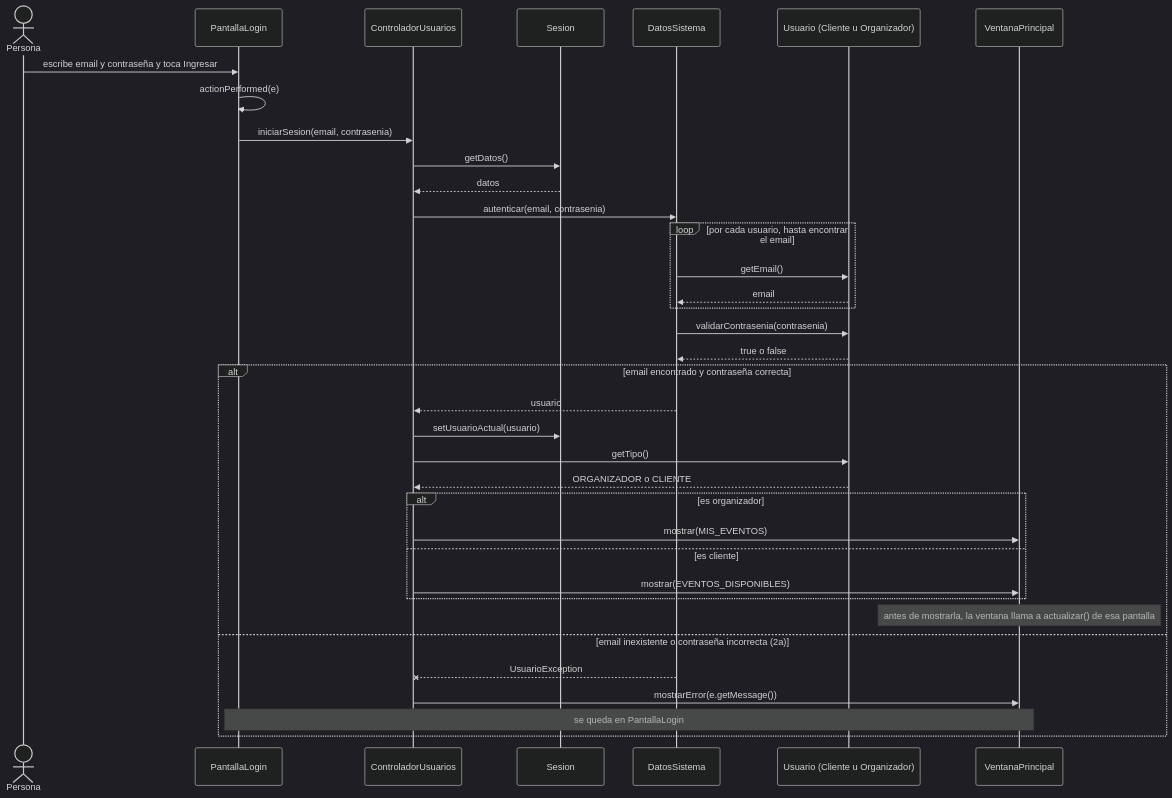
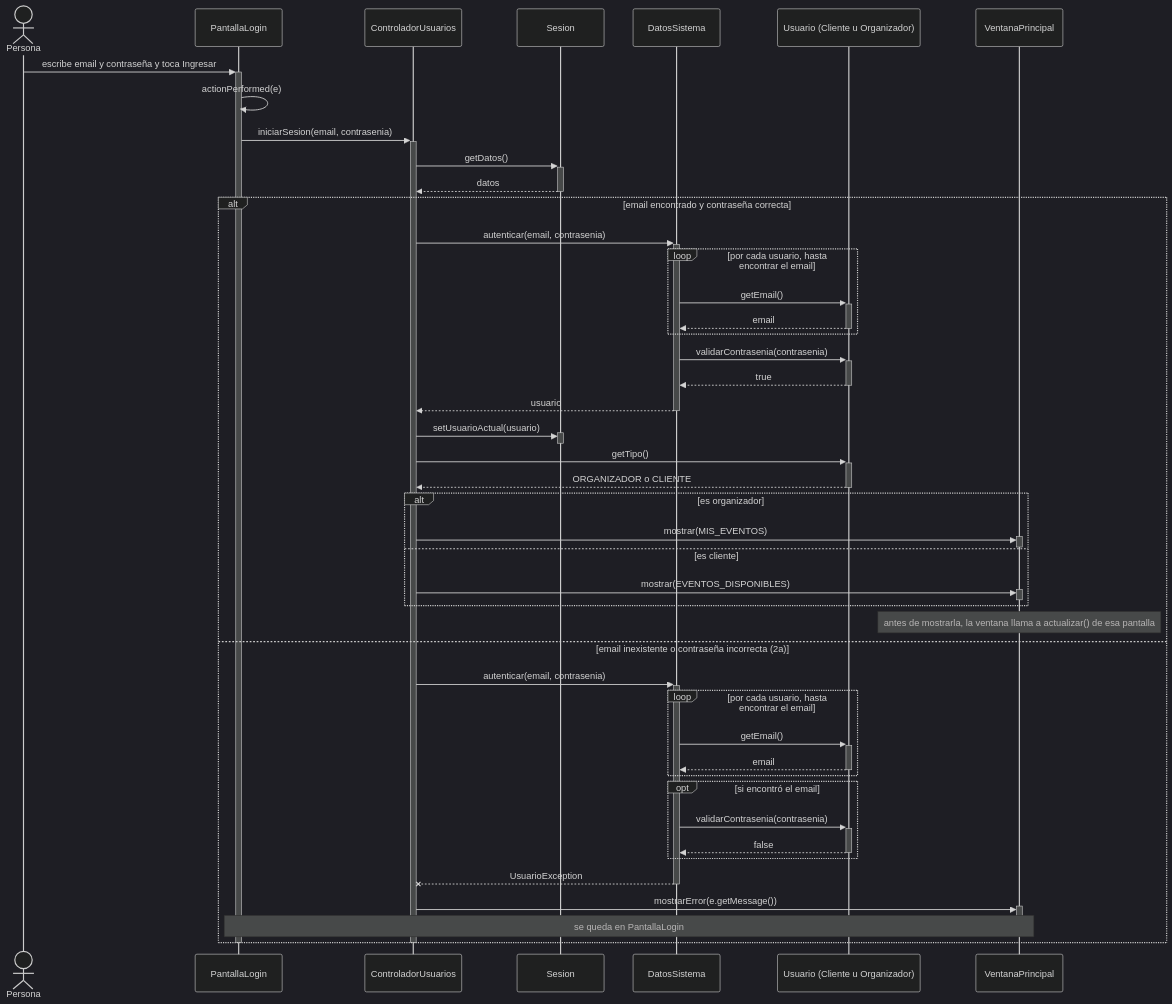
Before and after one commit to AgustinSimonenco/gestion-eventos-musicales: the diagram in docs/diseno/secuencias/CU02-iniciar-sesion.md, drawn with Mermaid (dark theme). The commit also changed 12 other files, not shown here.

First line of the commit message:
Agregar barras de activación a todos los diagramas de secuencia

````diff
--- a/docs/diseno/secuencias/CU02-iniciar-sesion.md
+++ b/docs/diseno/secuencias/CU02-iniciar-sesion.md
@@ -9,39 +9,54 @@
 ```mermaid
 sequenceDiagram
     actor U as Persona
     participant P as PantallaLogin
     participant C as ControladorUsuarios
     participant S as Sesion
     participant D as DatosSistema
     participant Us as Usuario (Cliente u Organizador)
     participant V as VentanaPrincipal
 
-    U->>P: escribe email y contraseña y toca Ingresar
+    U->>+P: escribe email y contraseña y toca Ingresar
     P->>P: actionPerformed(e)
-    P->>C: iniciarSesion(email, contrasenia)
-    C->>S: getDatos()
-    S-->>C: datos
-    C->>D: autenticar(email, contrasenia)
-    loop por cada usuario, hasta encontrar el email
-        D->>Us: getEmail()
-        Us-->>D: email
-    end
-    D->>Us: validarContrasenia(contrasenia)
-    Us-->>D: true o false
+    P->>+C: iniciarSesion(email, contrasenia)
+    C->>+S: getDatos()
+    S-->>-C: datos
     alt email encontrado y contraseña correcta
-        D-->>C: usuario
-        C->>S: setUsuarioActual(usuario)
-        C->>Us: getTipo()
-        Us-->>C: ORGANIZADOR o CLIENTE
+        C->>+D: autenticar(email, contrasenia)
+        loop por cada usuario, hasta encontrar el email
+            D->>+Us: getEmail()
+            Us-->>-D: email
+        end
+        D->>+Us: validarContrasenia(contrasenia)
+        Us-->>-D: true
+        D-->>-C: usuario
+        C->>+S: setUsuarioActual(usuario)
+        deactivate S
+        C->>+Us: getTipo()
+        Us-->>-C: ORGANIZADOR o CLIENTE
         alt es organizador
-            C->>V: mostrar(MIS_EVENTOS)
+            C->>+V: mostrar(MIS_EVENTOS)
+            deactivate V
         else es cliente
-            C->>V: mostrar(EVENTOS_DISPONIBLES)
+            C->>+V: mostrar(EVENTOS_DISPONIBLES)
+            deactivate V
         end
         Note over V: antes de mostrarla, la ventana llama a actualizar() de esa pantalla
     else email inexistente o contraseña incorrecta (2a)
-        D--xC: UsuarioException
-        C->>V: mostrarError(e.getMessage())
+        C->>+D: autenticar(email, contrasenia)
+        loop por cada usuario, hasta encontrar el email
+            D->>+Us: getEmail()
+            Us-->>-D: email
+        end
+        opt si encontró el email
+            D->>+Us: validarContrasenia(contrasenia)
+            Us-->>-D: false
+        end
+        D--x-C: UsuarioException
+        C->>+V: mostrarError(e.getMessage())
+        deactivate V
         Note over P,V: se queda en PantallaLogin
     end
+    deactivate C
+    deactivate P
 ```
````
